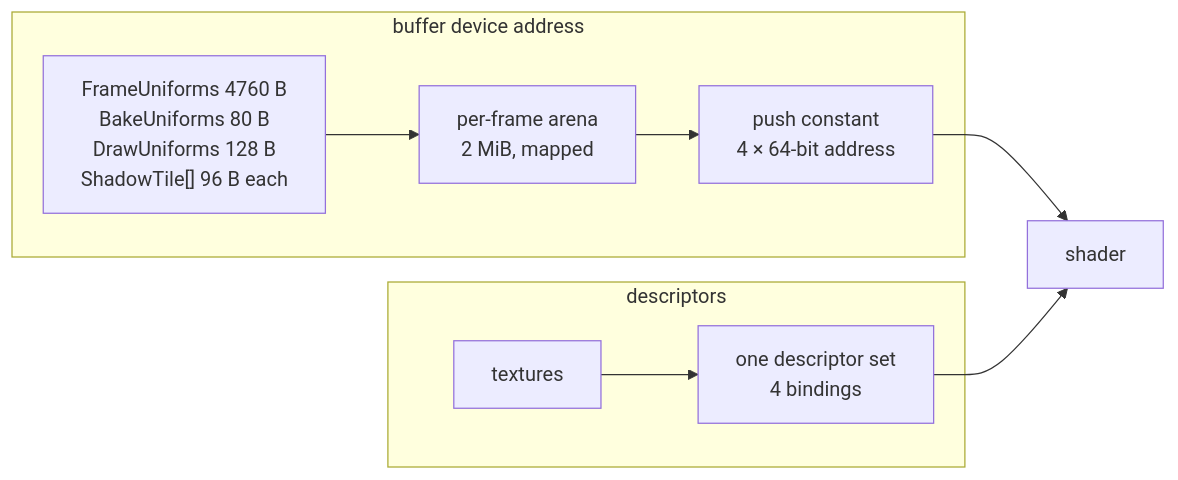
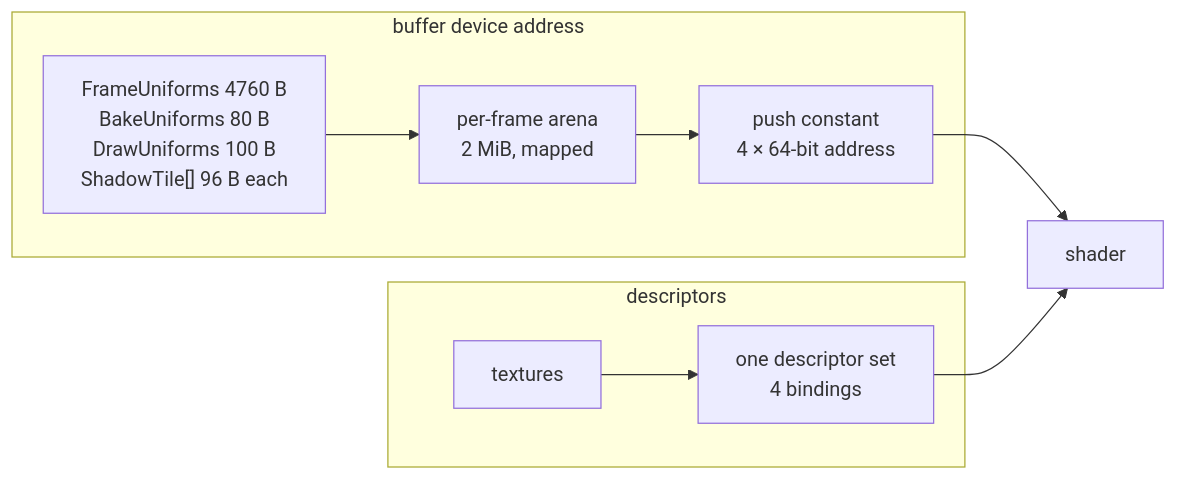
The fourth of 5 diagrams in notes/OVERVIEW.md (Zephyr75/overdrive), drawn with Mermaid before and after one commit. The commit also changed other lines of this file and 27 other files, not shown here.

````diff
--- a/notes/OVERVIEW.md
+++ b/notes/OVERVIEW.md
@@ -147,12 +147,12 @@
 ```mermaid
 graph LR
     subgraph BDA["buffer device address"]
-        U["FrameUniforms 4760 B<br/>BakeUniforms 80 B<br/>DrawUniforms 128 B<br/>ShadowTile[] 96 B each"] --> RG["per-frame arena<br/>2 MiB, mapped"]
+        U["FrameUniforms 4760 B<br/>BakeUniforms 80 B<br/>DrawUniforms 100 B<br/>ShadowTile[] 96 B each"] --> RG["per-frame arena<br/>2 MiB, mapped"]
         RG --> PC["push constant<br/>4 × 64-bit address"]
     end
     subgraph DESC["descriptors"]
         T["textures"] --> DS["one descriptor set<br/>4 bindings"]
     end
     PC --> SH["shader"]
     DS --> SH
 ```
````
